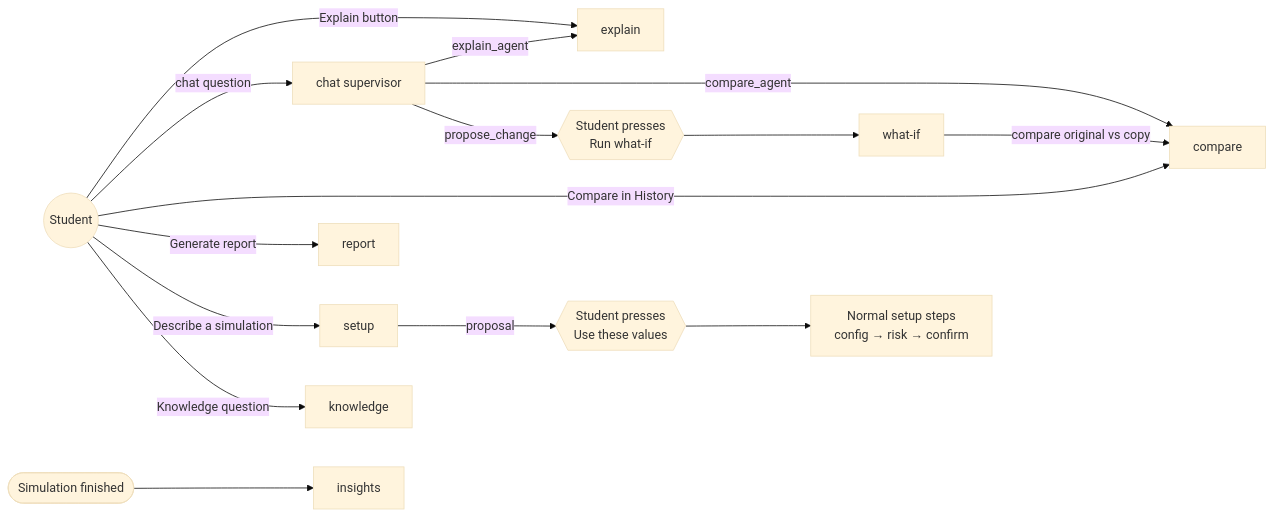
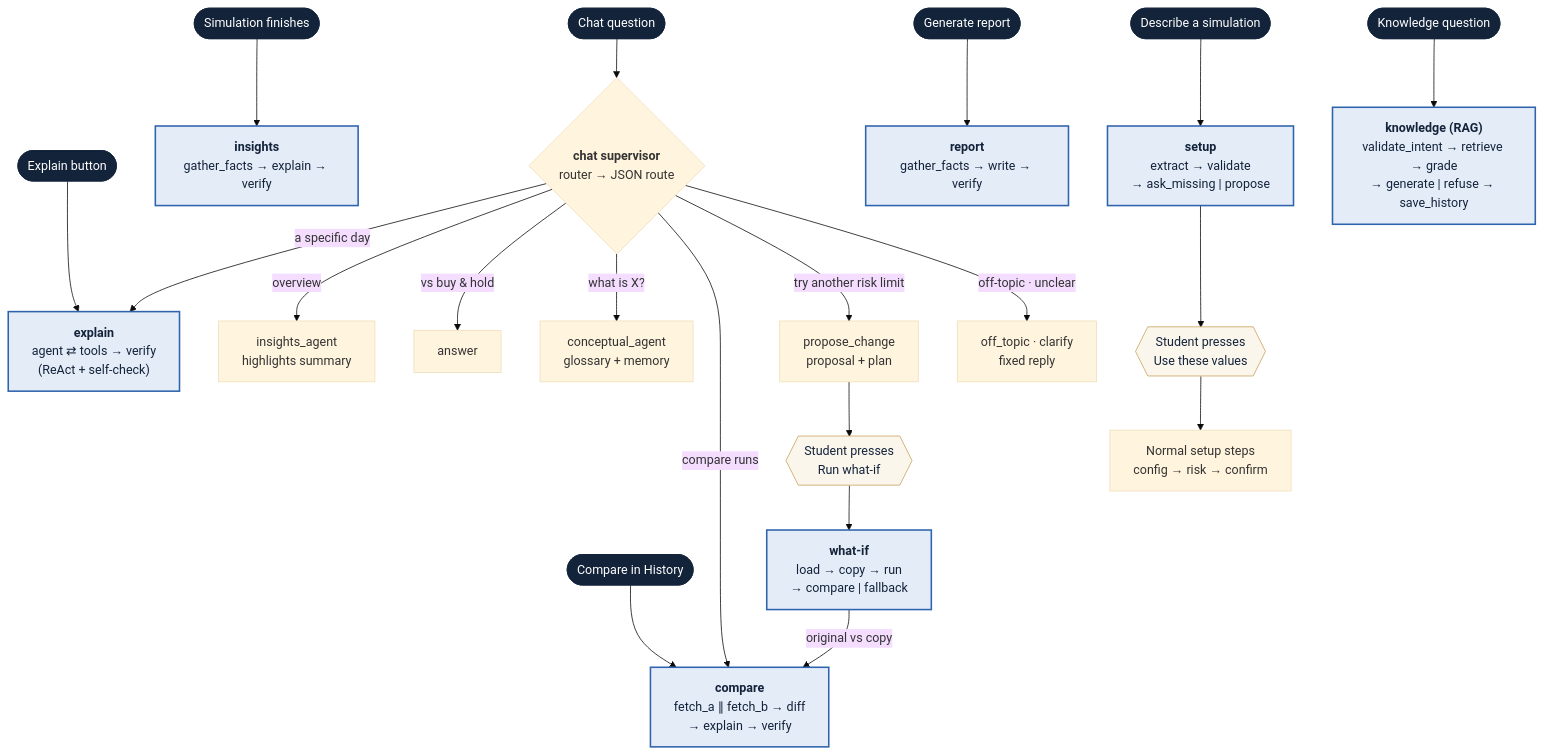
One commit to CardozoEIA/trading_simulator changed the first of 9 diagrams in docs/agents.md. Above: the diagram before and after it, drawn with Mermaid (base theme). The commit also changed other lines of this file and 8 other files, not shown here.

First line of the commit message:
docs(agents): export every per-agent diagram with its tools

````diff
--- a/docs/agents.md
+++ b/docs/agents.md
@@ -24,19 +24,39 @@
 ```mermaid
-flowchart LR
-    S((Student)) -->|Explain button| EXP[explain]
-    S -->|chat question| CHAT[chat supervisor]
-    S -->|Compare in History| CMP[compare]
-    S -->|Generate report| REP[report]
-    S -->|Describe a simulation| SET[setup]
-    S -->|Knowledge question| KNO[knowledge]
-    FIN([Simulation finished]) --> INS[insights]
+flowchart TB
+    T1(["Explain button"]) --> EXP
+    T2(["Simulation finishes"]) --> INS
+    T3(["Chat question"]) --> SUP
+    T4(["Compare in History"]) --> CMP
+    T5(["Generate report"]) --> REP
+    T6(["Describe a simulation"]) --> SET
+    T7(["Knowledge question"]) --> KNO
 
-    CHAT -->|explain_agent| EXP
-    CHAT -->|compare_agent| CMP
-    CHAT -->|propose_change| H1{{Student presses<br/>Run what-if}}
-    H1 --> WI[what-if]
-    WI -->|compare original vs copy| CMP
+    EXP["<b>explain</b><br/>agent ⇄ tools → verify<br/>(ReAct + self-check)"]
+    INS["<b>insights</b><br/>gather_facts → explain → verify"]
+    SUP{"<b>chat supervisor</b><br/>router → JSON route"}
+    CMP["<b>compare</b><br/>fetch_a ∥ fetch_b → diff<br/>→ explain → verify"]
+    REP["<b>report</b><br/>gather_facts → write → verify"]
+    SET["<b>setup</b><br/>extract → validate<br/>→ ask_missing | propose"]
+    KNO["<b>knowledge (RAG)</b><br/>validate_intent → retrieve → grade<br/>→ generate | refuse → save_history"]
 
-    SET -->|proposal| H2{{Student presses<br/>Use these values}}
-    H2 --> FORM[Normal setup steps<br/>config → risk → confirm]
+    SUP -->|a specific day| EXP
+    SUP -->|overview| SUM["insights_agent<br/>highlights summary"]
+    SUP -->|vs buy &amp; hold| ANS["answer"]
+    SUP -->|what is X?| CON["conceptual_agent<br/>glossary + memory"]
+    SUP -->|compare runs| CMP
+    SUP -->|try another risk limit| PROP["propose_change<br/>proposal + plan"]
+    SUP -->|"off-topic · unclear"| FIX["off_topic · clarify<br/>fixed reply"]
+
+    PROP --> H1{{"Student presses<br/>Run what-if"}}
+    H1 --> WI["<b>what-if</b><br/>load → copy → run<br/>→ compare | fallback"]
+    WI -->|original vs copy| CMP
+    SET --> H2{{"Student presses<br/>Use these values"}}
+    H2 --> FORM["Normal setup steps<br/>config → risk → confirm"]
+
+    classDef trigger fill:#13233a,stroke:#13233a,color:#ffffff
+    classDef subflow fill:#e4ecf8,stroke:#2f63ad,stroke-width:2px,color:#13233a
+    classDef human fill:#fbf6ec,stroke:#c9a15c,color:#13233a
+    class T1,T2,T3,T4,T5,T6,T7 trigger
+    class EXP,INS,CMP,REP,SET,KNO,WI subflow
+    class H1,H2 human
 ```
````
